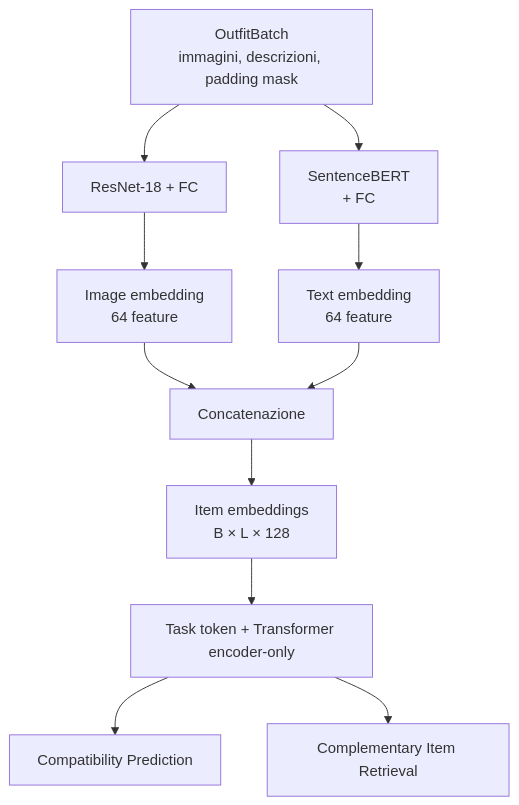
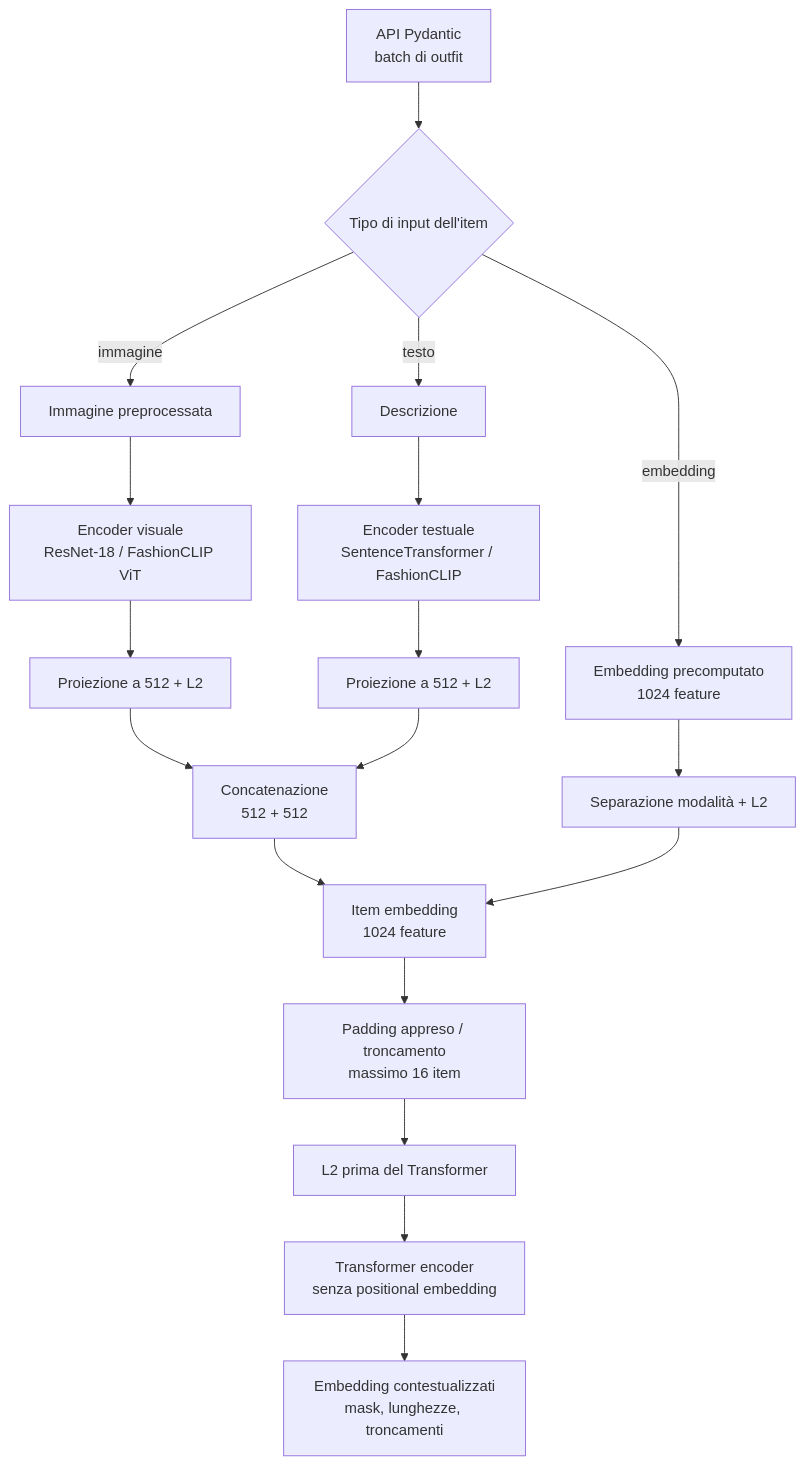
Before and after one commit to FlorindoDev/OutfitTransformer: the diagram in model/common/README.md, drawn with Mermaid. The commit also changed other lines of this file and 51 other files, not shown here.

First line of the commit message:
feat(model): add multimodal outfit transformer

````diff
--- a/model/common/README.md
+++ b/model/common/README.md
@@ -23,18 +29,24 @@
 ```mermaid
 flowchart TD
-    A["OutfitBatch<br/>immagini, descrizioni, padding mask"]
+    API["API Pydantic<br/>batch di outfit"] --> TYPE{"Tipo di input dell'item"}
 
-    A --> B["ResNet-18 + FC"]
-    A --> C["SentenceBERT <br/>+ FC"]
+    TYPE -->|"immagine"| IMAGE["Immagine preprocessata"]
+    TYPE -->|"testo"| TEXT["Descrizione"]
+    TYPE -->|"embedding"| PRE["Embedding precomputato<br/>1024 feature"]
 
-    B --> D["Image embedding<br/>64 feature"]
-    C --> E["Text embedding<br/>64 feature"]
+    IMAGE --> VE["Encoder visuale<br/>ResNet-18 / FashionCLIP ViT"]
+    TEXT --> TE["Encoder testuale<br/>SentenceTransformer / FashionCLIP"]
+    VE --> VP["Proiezione a 512 + L2"]
+    TE --> TP["Proiezione a 512 + L2"]
+    VP --> CAT["Concatenazione<br/>512 + 512"]
+    TP --> CAT
 
-    D --> F["Concatenazione"]
-    E --> F
-    F --> G["Item embeddings<br/>B × L × 128"]
+    CAT --> ITEM["Item embedding<br/>1024 feature"]
+    PRE --> PN["Separazione modalità + L2"]
+    PN --> ITEM
 
-    G --> H["Task token + Transformer encoder-only"]
-    H --> I["Compatibility Prediction"]
-    H --> J["Complementary Item Retrieval"]
+    ITEM --> PAD["Padding appreso / troncamento<br/>massimo 16 item"]
+    PAD --> L2["L2 prima del Transformer"]
+    L2 --> TR["Transformer encoder<br/>senza positional embedding"]
+    TR --> OUT["Embedding contestualizzati<br/>mask, lunghezze, troncamenti"]
 ```
````
